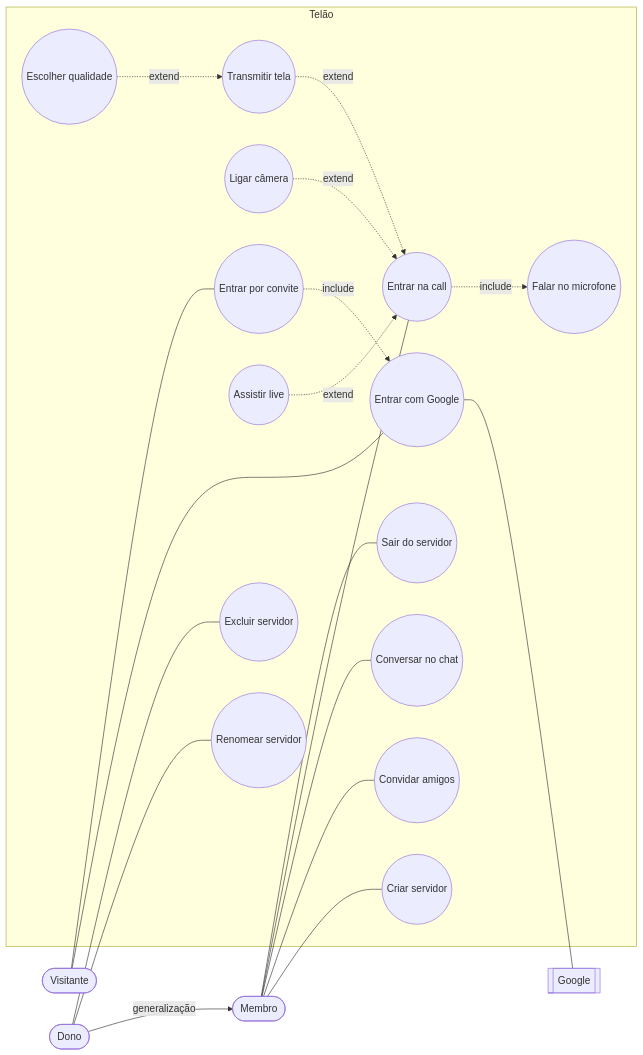
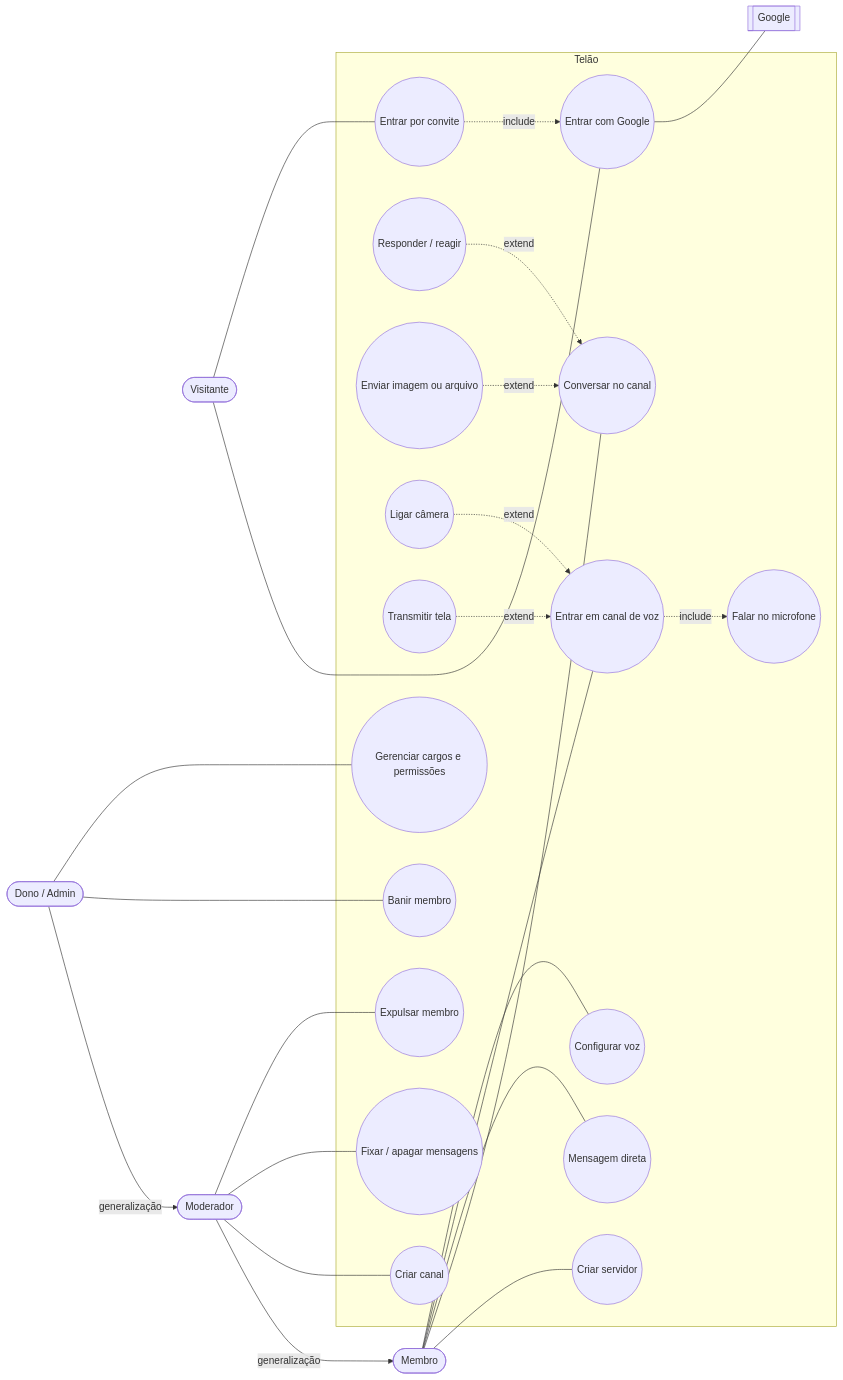
One commit to davimj1/telaobr changed the first of 4 diagrams in docs/requisitos.md. Above: the diagram before and after it, drawn with Mermaid. The commit also changed other lines of this file and 21 other files, not shown here.

````diff
--- a/docs/requisitos.md
+++ b/docs/requisitos.md
@@ -72,42 +138,50 @@
 ```mermaid
 flowchart LR
   V([Visitante])
   M([Membro])
-  D([Dono])
+  Mo([Moderador])
+  D([Dono / Admin])
   G[[Google]]
-  D -- generalização --> M
+  Mo -- generalização --> M
+  D -- generalização --> Mo
 
   subgraph Telão
     UC01((Entrar com Google))
     UC02((Criar servidor))
-    UC03((Convidar amigos))
-    UC04((Entrar por convite))
-    UC05((Conversar no chat))
-    UC06((Entrar na call))
-    UC07((Falar no microfone))
-    UC08((Ligar câmera))
-    UC09((Transmitir tela))
-    UC10((Escolher qualidade))
-    UC11((Assistir live))
-    UC12((Renomear servidor))
-    UC13((Excluir servidor))
-    UC14((Sair do servidor))
+    UC03((Entrar por convite))
+    UC04((Conversar no canal))
+    UC05((Responder / reagir))
+    UC06((Enviar imagem ou arquivo))
+    UC07((Mensagem direta))
+    UC08((Entrar em canal de voz))
+    UC09((Falar no microfone))
+    UC10((Ligar câmera))
+    UC11((Transmitir tela))
+    UC12((Configurar voz))
+    UC13((Criar canal))
+    UC14((Fixar / apagar mensagens))
+    UC15((Expulsar membro))
+    UC16((Banir membro))
+    UC17((Gerenciar cargos e permissões))
   end
 
   V --- UC01
   UC01 --- G
-  V --- UC04
-  UC04 -. include .-> UC01
+  V --- UC03
+  UC03 -. include .-> UC01
   M --- UC02
-  M --- UC03
-  M --- UC05
-  M --- UC06
-  M --- UC14
-  UC06 -. include .-> UC07
-  UC08 -. extend .-> UC06
-  UC09 -. extend .-> UC06
-  UC10 -. extend .-> UC09
-  UC11 -. extend .-> UC06
-  D --- UC12
-  D --- UC13
+  M --- UC04
+  M --- UC07
+  M --- UC08
+  M --- UC12
+  UC05 -. extend .-> UC04
+  UC06 -. extend .-> UC04
+  UC08 -. include .-> UC09
+  UC10 -. extend .-> UC08
+  UC11 -. extend .-> UC08
+  Mo --- UC13
+  Mo --- UC14
+  Mo --- UC15
+  D --- UC16
+  D --- UC17
 ```
````
